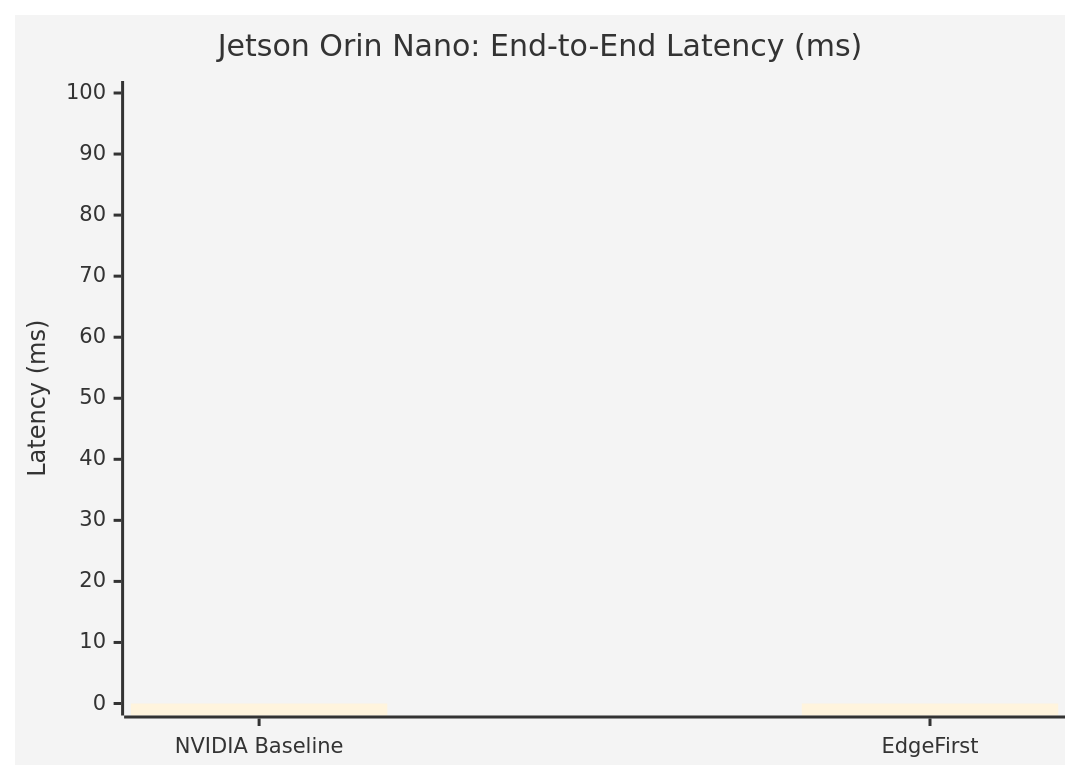
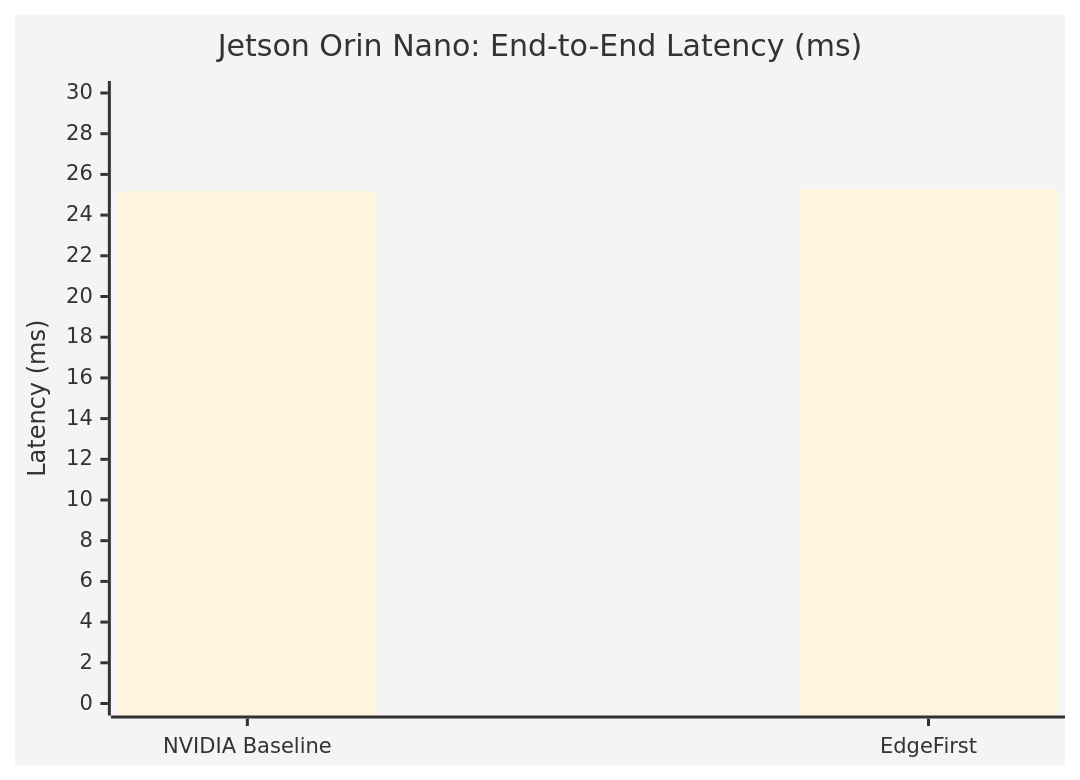
Before and after one commit to EdgeFirstAI/nanosam: the third of 4 diagrams in BENCHMARKS.md, drawn with Mermaid. The commit also changed other lines of this file, not shown here.

````diff
--- a/BENCHMARKS.md
+++ b/BENCHMARKS.md
@@ -156,8 +167,8 @@
 ```mermaid
 %%{init: {'theme': 'base', 'themeVariables': {'primaryColor': '#76b900'}}}%%
 xychart-beta
     title "Jetson Orin Nano: End-to-End Latency (ms)"
     x-axis ["NVIDIA Baseline", "EdgeFirst"]
-    y-axis "Latency (ms)" 0 --> 100
-    bar [0, 0]
+    y-axis "Latency (ms)" 0 --> 30
+    bar [25.18, 25.27]
 ```
````
